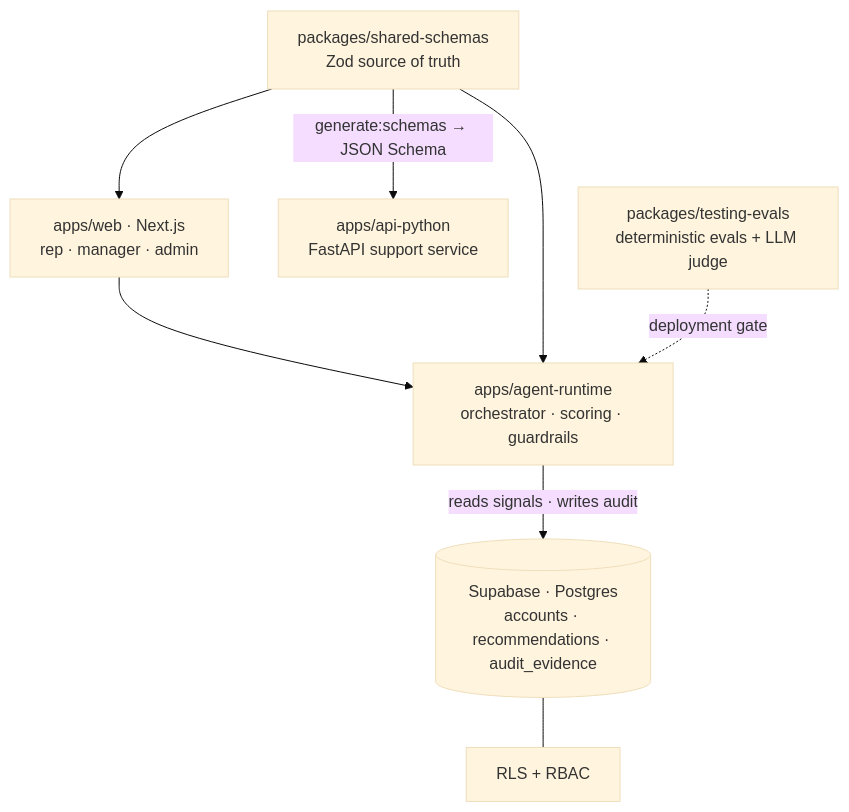
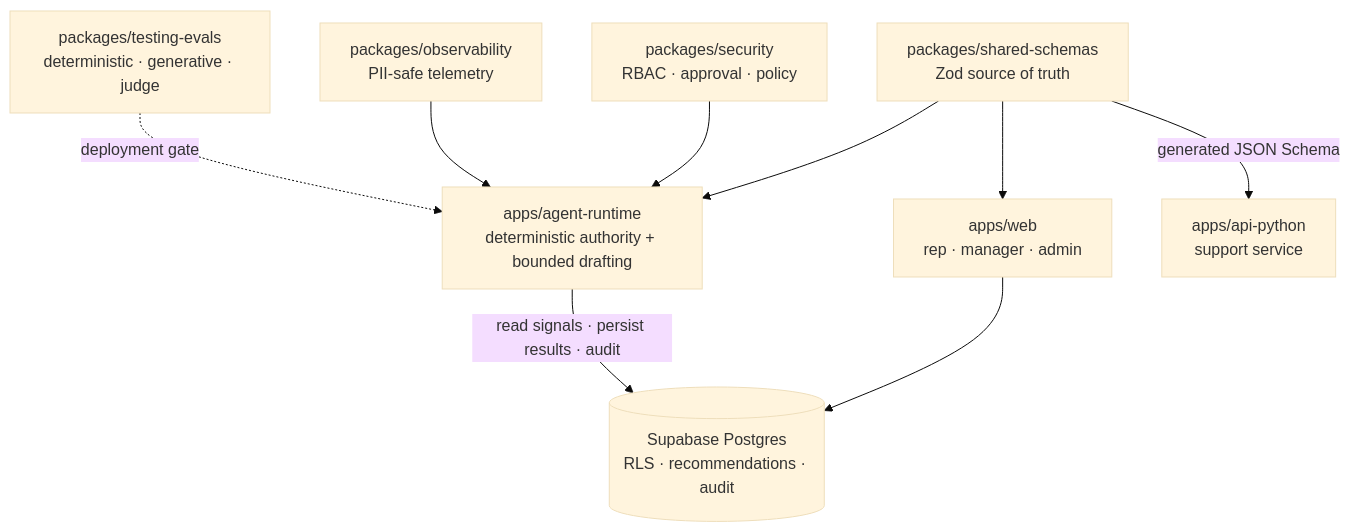
One commit to Lvvphole/ai-account-prioritization changed the third of 3 diagrams in README.md. Above: the diagram before and after it, drawn with Mermaid (base theme). The commit also changed other lines of this file, not shown here.

Commit message:
docs: update readme for approved hybrid runtime

````diff
--- a/README.md
+++ b/README.md
@@ -189,17 +197,20 @@
 ```mermaid
 flowchart TB
-    W["apps/web · Next.js<br/>rep · manager · admin"]
-    R["apps/agent-runtime<br/>orchestrator · scoring · guardrails"]
+    W["apps/web<br/>rep · manager · admin"]
+    R["apps/agent-runtime<br/>deterministic authority + bounded drafting"]
     S["packages/shared-schemas<br/>Zod source of truth"]
-    P["apps/api-python<br/>FastAPI support service"]
-    J["packages/testing-evals<br/>deterministic evals + LLM judge"]
-    DB[("Supabase · Postgres<br/>accounts · recommendations · audit_evidence")]
+    SEC["packages/security<br/>RBAC · approval · policy"]
+    OBS["packages/observability<br/>PII-safe telemetry"]
+    P["apps/api-python<br/>support service"]
+    J["packages/testing-evals<br/>deterministic · generative · judge"]
+    DB[("Supabase Postgres<br/>RLS · recommendations · audit")]
 
-    W --> R
-    R -->|reads signals · writes audit| DB
-    DB --- RLS["RLS + RBAC"]
-    S -->|generate:schemas → JSON Schema| P
+    W --> DB
+    R -->|read signals · persist results · audit| DB
     S --> R
     S --> W
+    S -->|generated JSON Schema| P
+    SEC --> R
+    OBS --> R
     J -. deployment gate .-> R
 ```
````
